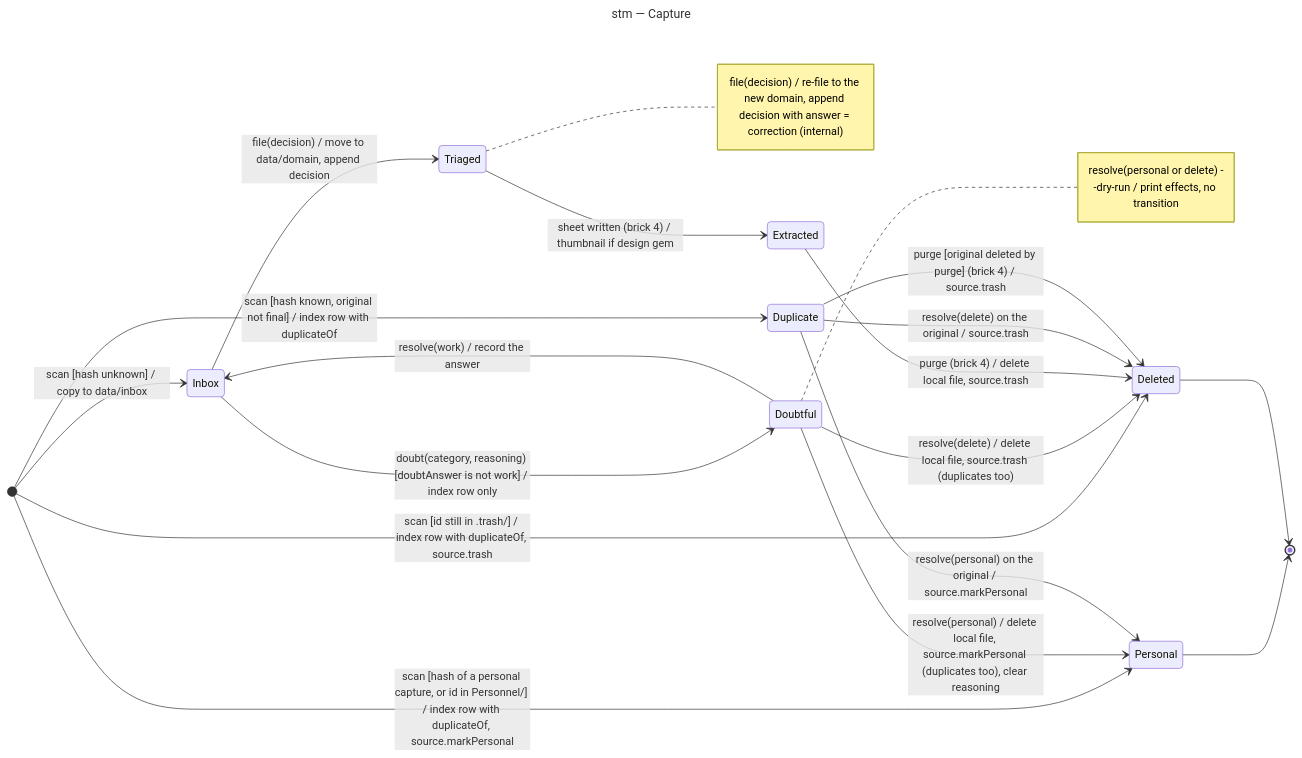
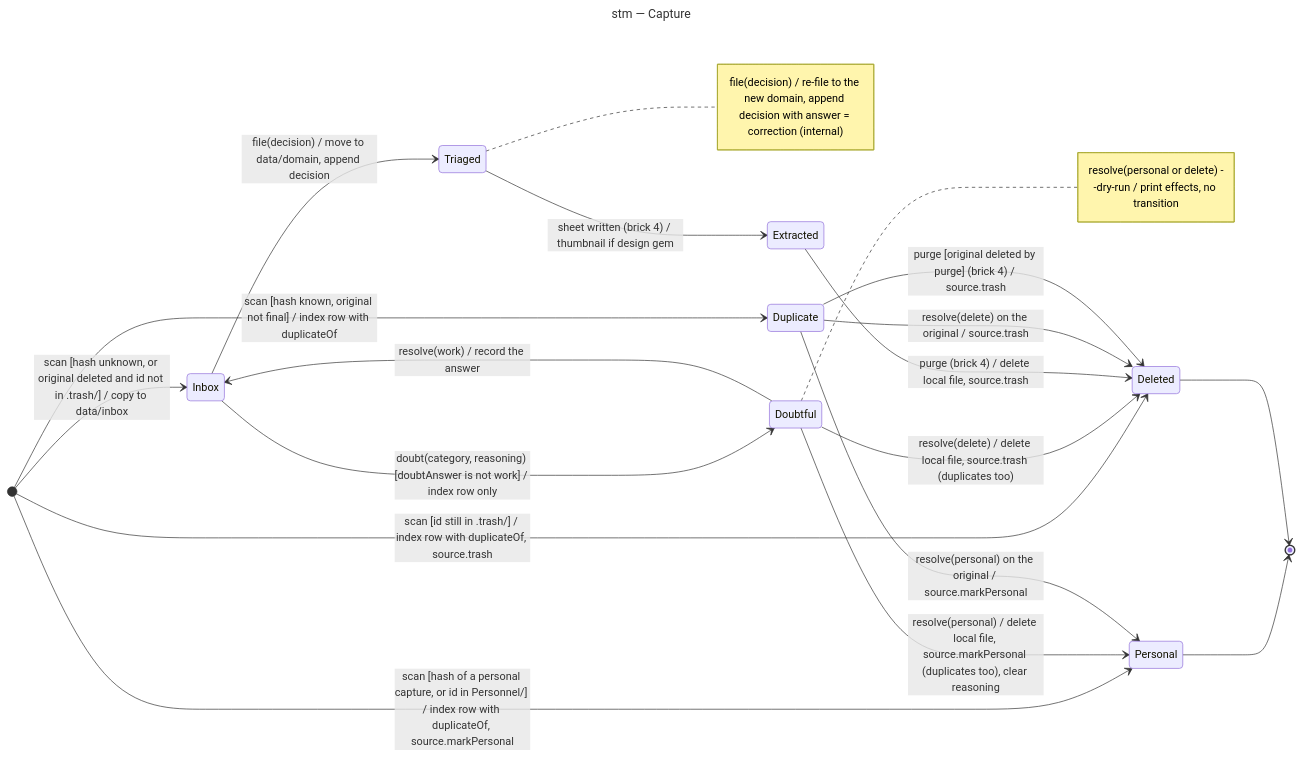
The diagram in docs/architecture/diagrams/triage/05-state-capture.md (benoit-bremaud/screenshot-triage), drawn with Mermaid before and after one commit. The commit also changed other lines of this file and 2 other files, not shown here.

Commit message:
docs(triage/architecture): admit a restored capture into the inbox
Round 8 of the adversarial review: the inbox guard of scan also accepts
a known hash whose row is deleted and whose id is no longer in the
source trash, so a file the owner restored is triaged again; the id then
resolves to the row that is not final.

Refs #2

````diff
--- a/docs/architecture/diagrams/triage/05-state-capture.md
+++ b/docs/architecture/diagrams/triage/05-state-capture.md
@@ -13,29 +13,29 @@
 ```mermaid
 ---
 title: stm — Capture
 ---
 stateDiagram-v2
   direction LR
-  [*] --> Inbox: scan [hash unknown] / copy to data/inbox
+  [*] --> Inbox: scan [hash unknown, or original deleted and id not in .trash/] / copy to data/inbox
   [*] --> Duplicate: scan [hash known, original not final] / index row with duplicateOf
   [*] --> Personal: scan [hash of a personal capture, or id in Personnel/] / index row with duplicateOf, source.markPersonal
   [*] --> Deleted: scan [id still in .trash/] / index row with duplicateOf, source.trash
   Inbox --> Triaged: file(decision) / move to data/domain, append decision
   Inbox --> Doubtful: doubt(category, reasoning) [doubtAnswer is not work] / index row only
   Doubtful --> Inbox: resolve(work) / record the answer
   Doubtful --> Personal: resolve(personal) / delete local file, source.markPersonal (duplicates too), clear reasoning
   Doubtful --> Deleted: resolve(delete) / delete local file, source.trash (duplicates too)
   Triaged --> Extracted: sheet written (brick 4) / thumbnail if design gem
   Extracted --> Deleted: purge (brick 4) / delete local file, source.trash
   Duplicate --> Personal: resolve(personal) on the original / source.markPersonal
   Duplicate --> Deleted: resolve(delete) on the original / source.trash
   Duplicate --> Deleted: purge [original deleted by purge] (brick 4) / source.trash
   Personal --> [*]
   Deleted --> [*]
   note right of Triaged
     file(decision) / re-file to the new domain, append decision with answer = correction (internal)
   end note
   note right of Doubtful
     resolve(personal or delete) --dry-run / print effects, no transition
   end note
 ```
````
